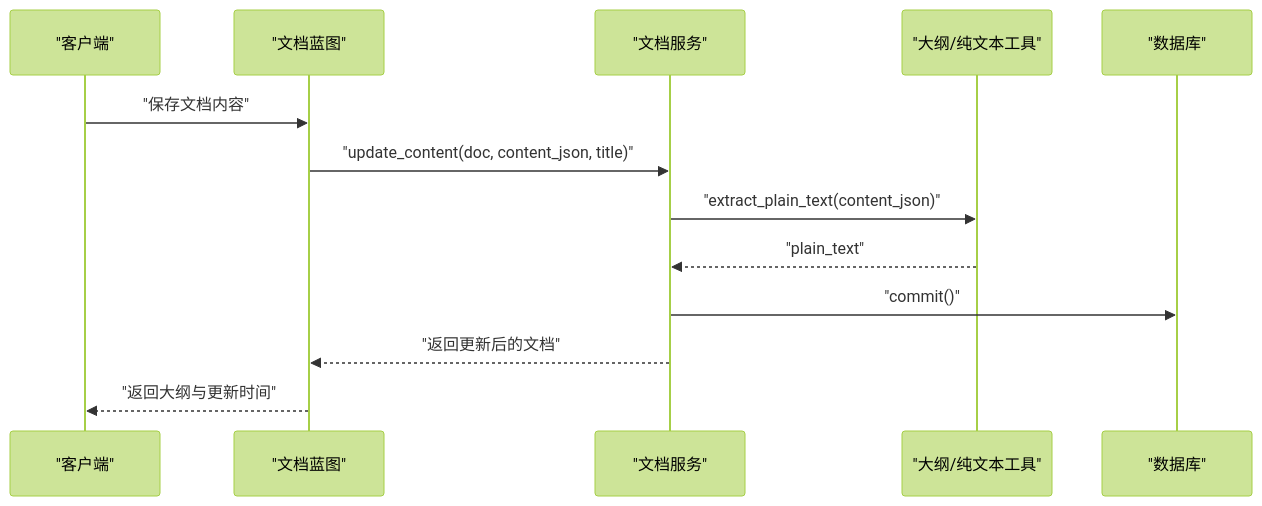
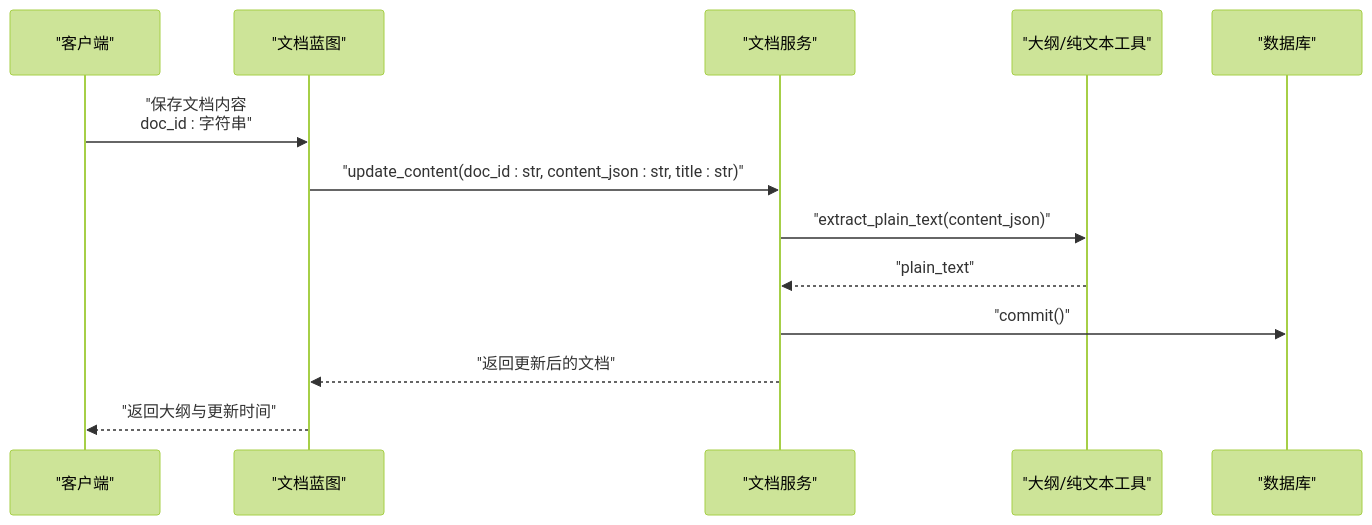
The second of 8 diagrams in .qoder/repowiki/zh/content/核心模块/文档管理系统/文档服务层.md (beyondalbert/my_wiki), drawn with Mermaid (forest theme) before and after one commit. The commit also changed other lines of this file and 21 other files, not shown here.

````diff
--- a/.qoder/repowiki/zh/content/核心模块/文档管理系统/文档服务层.md
+++ b/.qoder/repowiki/zh/content/核心模块/文档管理系统/文档服务层.md
@@ -112,15 +118,15 @@
 ```mermaid
 sequenceDiagram
 participant C as "客户端"
 participant D as "文档蓝图"
 participant S as "文档服务"
 participant O as "大纲/纯文本工具"
 participant M as "数据库"
-C->>D : "保存文档内容"
-D->>S : "update_content(doc, content_json, title)"
+C->>D : "保存文档内容<br/>doc_id : 字符串"
+D->>S : "update_content(doc_id : str, content_json : str, title : str)"
 S->>O : "extract_plain_text(content_json)"
 O-->>S : "plain_text"
 S->>M : "commit()"
 S-->>D : "返回更新后的文档"
 D-->>C : "返回大纲与更新时间"
 ```
````
